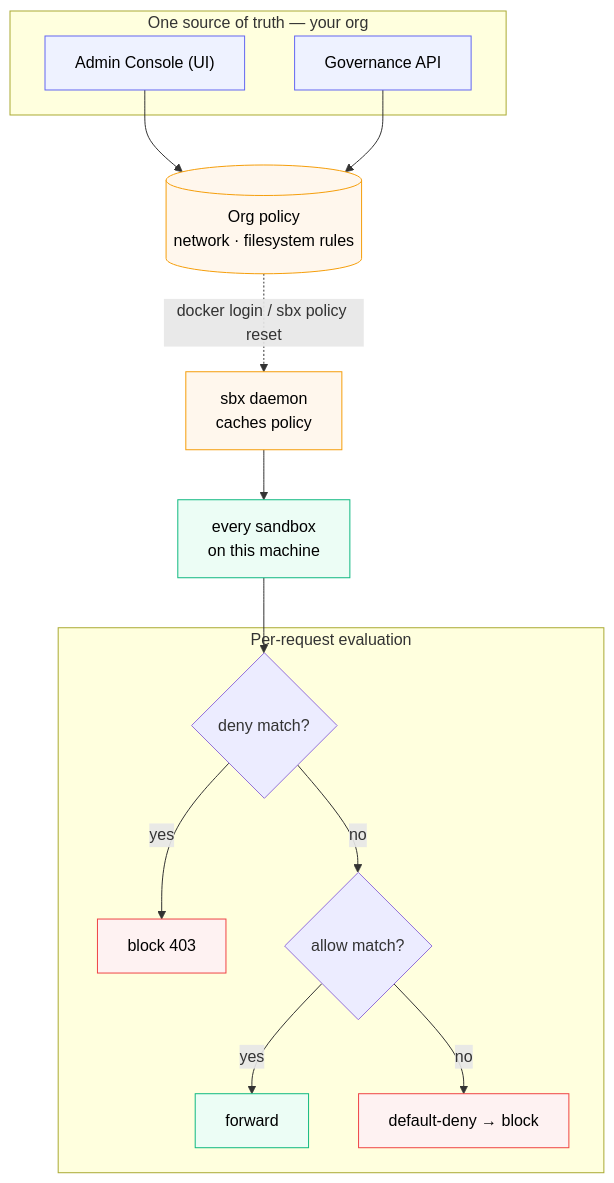
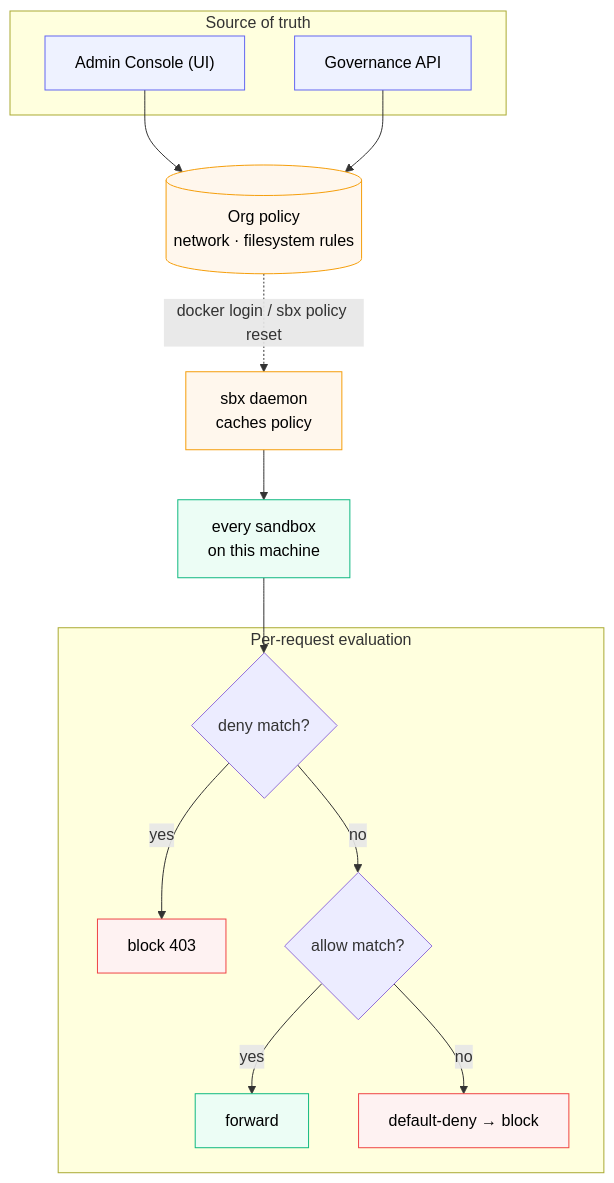
One commit to ajeetraina/labspace-docker-ai-governance changed the diagram in labspace/02-the-policy-model.md. Above: the diagram before and after it, drawn with Mermaid. The commit also changed 14 other files, not shown here.

First line of the commit message:
Fix diagram text overflow: wrap long labels, shorten wide subgraph titles

````diff
--- a/labspace/02-the-policy-model.md
+++ b/labspace/02-the-policy-model.md
@@ -3,27 +3,27 @@
 ```mermaid
 flowchart TB
-    subgraph SRC["One source of truth — your org"]
+    subgraph SRC["Source of truth"]
         UI["Admin Console (UI)"]
         API["Governance API"]
     end
     UI --> POLICY[("Org policy<br/>network · filesystem rules")]
     API --> POLICY
     POLICY -. "docker login / sbx policy reset" .-> DAEMON["sbx daemon<br/>caches policy"]
     DAEMON --> SBOX["every sandbox<br/>on this machine"]
     subgraph EVAL["Per-request evaluation"]
         D1{"deny match?"} -->|yes| BLOCK["block 403"]
         D1 -->|no| D2{"allow match?"}
         D2 -->|yes| FWD["forward"]
         D2 -->|no| DEF["default-deny → block"]
     end
     SBOX --> D1
 
     classDef src fill:#eef2ff,stroke:#6366f1,color:#000
     classDef pol fill:#fff7ed,stroke:#f59e0b,color:#000
     classDef ok fill:#ecfdf5,stroke:#10b981,color:#000
     classDef deny fill:#fef2f2,stroke:#ef4444,color:#000
     class UI,API src
     class POLICY,DAEMON pol
     class FWD,SBOX ok
     class BLOCK,DEF deny
 ```
````
